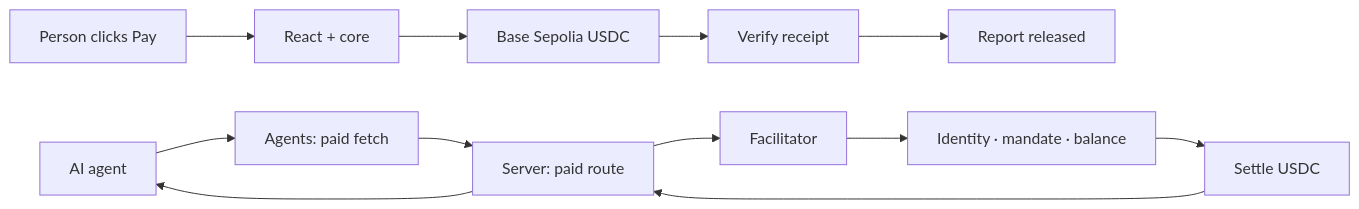
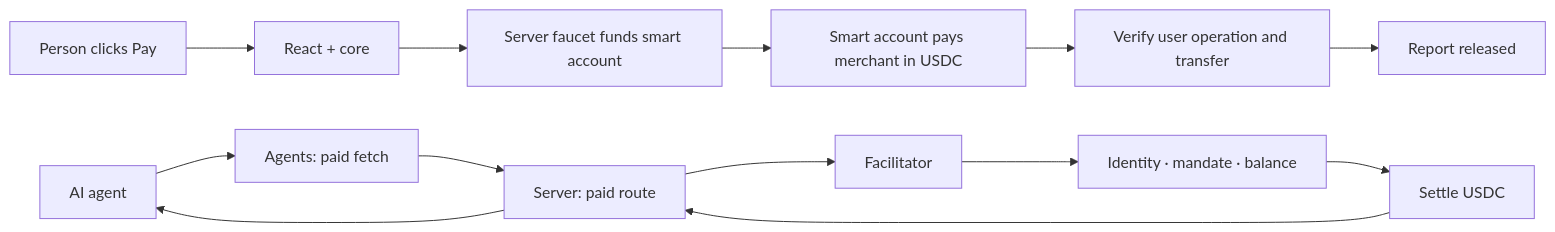
One commit to hivinaynair/lycoris changed the diagram in README.md. Above: the diagram before and after it, drawn with Mermaid. The commit also changed other lines of this file and 171 other files, not shown here.

````diff
--- a/README.md
+++ b/README.md
@@ -321,14 +330,15 @@
 ```mermaid
 flowchart LR
   Person[Person clicks Pay] --> React[React + core]
-  React --> USDC[Base Sepolia USDC]
-  USDC --> Receipt[Verify receipt]
+  React --> Faucet[Server faucet funds smart account]
+  Faucet --> USDC[Smart account pays merchant in USDC]
+  USDC --> Receipt[Verify user operation and transfer]
   Receipt --> Report[Report released]
 
   Agent[AI agent] --> PaidFetch[Agents: paid fetch]
   PaidFetch --> API[Server: paid route]
   API --> Facilitator[Facilitator]
   Facilitator --> Gates[Identity · mandate · balance]
   Gates --> Settle[Settle USDC]
   Settle --> API --> Agent
 ```
````
